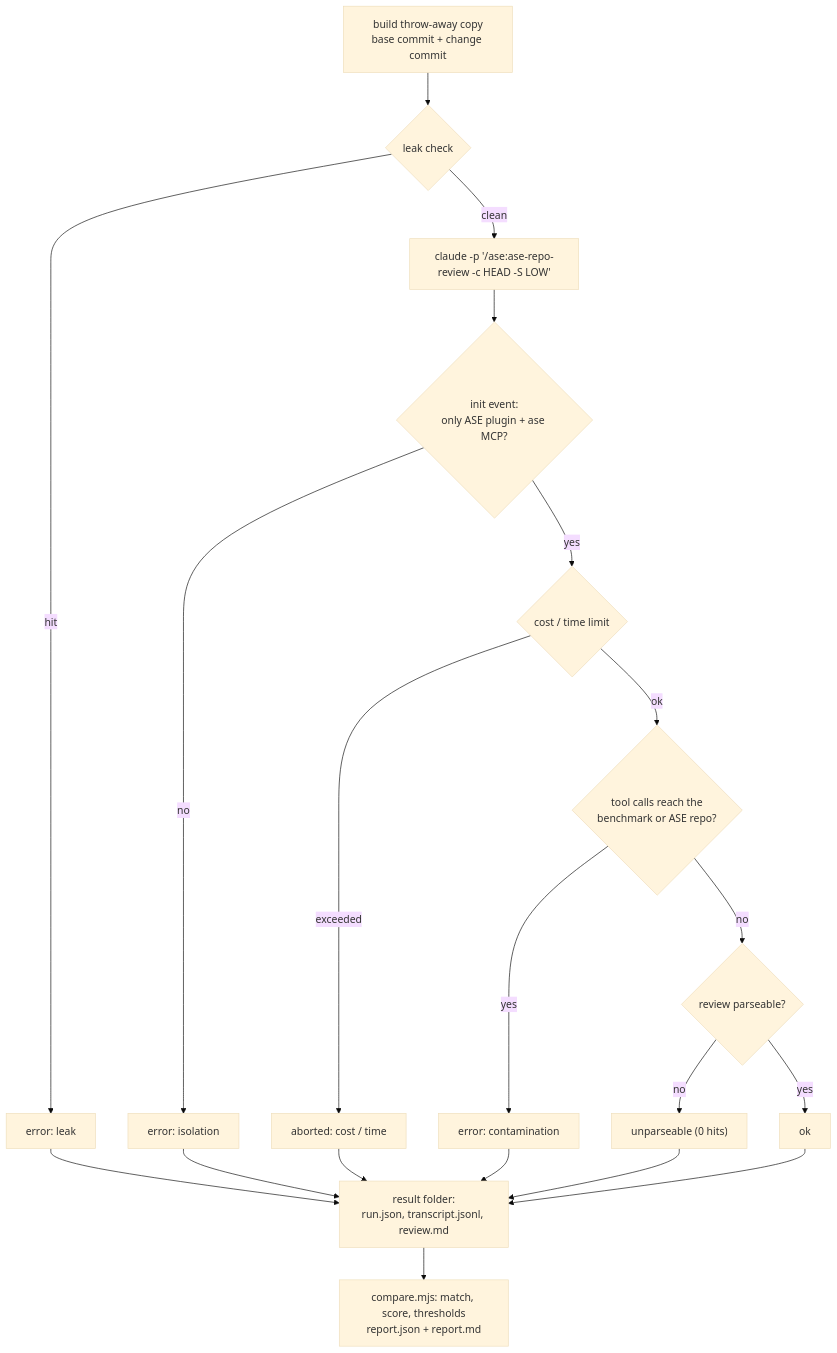
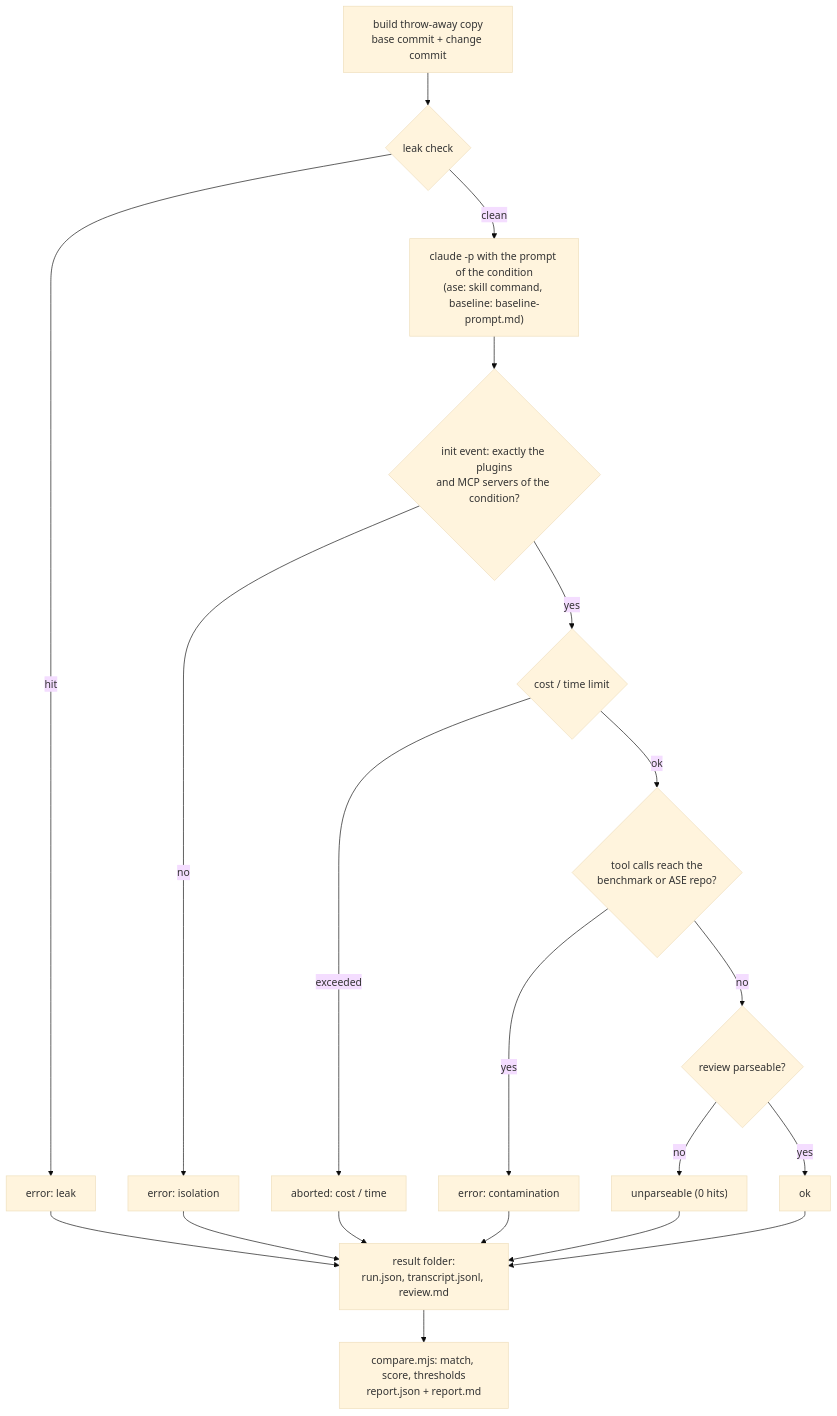
Before and after one commit to rse/ase-eval: the diagram in docs/review/README.md, drawn with Mermaid (base theme). The commit also changed other lines of this file and 12 other files, not shown here.

````diff
--- a/docs/review/README.md
+++ b/docs/review/README.md
@@ -213,17 +246,17 @@
 ```mermaid
 flowchart TD
     A["build throw-away copy<br/>base commit + change commit"] --> B{"leak check"}
     B -- hit --> E1["error: leak"]
-    B -- clean --> C["claude -p '/ase:ase-repo-review -c HEAD -S LOW'"]
-    C --> D{"init event:<br/>only ASE plugin + ase MCP?"}
+    B -- clean --> C["claude -p with the prompt of the condition<br/>(ase: skill command, baseline: baseline-prompt.md)"]
+    C --> D{"init event: exactly the plugins<br/>and MCP servers of the condition?"}
     D -- no --> E2["error: isolation"]
     D -- yes --> F{"cost / time limit"}
     F -- exceeded --> AB["aborted: cost / time"]
     F -- ok --> G{"tool calls reach the<br/>benchmark or ASE repo?"}
     G -- yes --> E3["error: contamination"]
     G -- no --> H{"review parseable?"}
     H -- no --> U["unparseable (0 hits)"]
     H -- yes --> OK["ok"]
     E1 & E2 & AB & E3 & U & OK --> R["result folder:<br/>run.json, transcript.jsonl, review.md"]
     R --> S["compare.mjs: match, score, thresholds<br/>report.json + report.md"]
 ```
````
